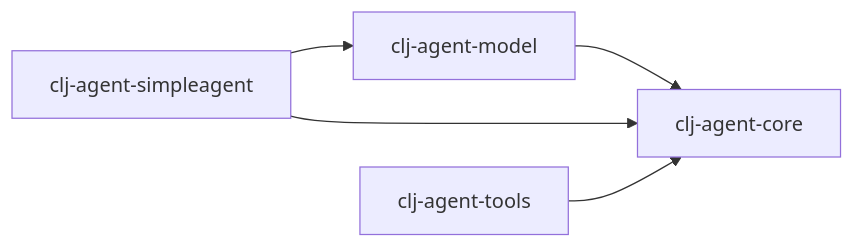
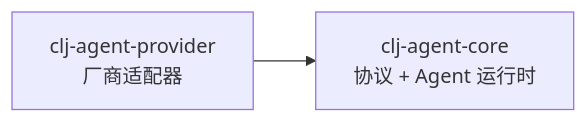
One commit to TTalkPro/clj-agent changed the diagram in modules/README.md. Above: the diagram before and after it, drawn with Mermaid. The commit also changed other lines of this file and 12 other files, not shown here.

````diff
--- a/modules/README.md
+++ b/modules/README.md
@@ -119,12 +82,7 @@
 ```mermaid
 graph LR
-    core[clj-agent-core]
-    llm[clj-agent-model]
-    sa[clj-agent-simpleagent]
-    tools[clj-agent-tools]
+    core[clj-agent-core<br/>协议 + Agent 运行时]
+    provider[clj-agent-provider<br/>厂商适配器]
 
-    llm --> core
-    sa --> core
-    sa --> llm
-    tools --> core
+    provider --> core
 ```
````
